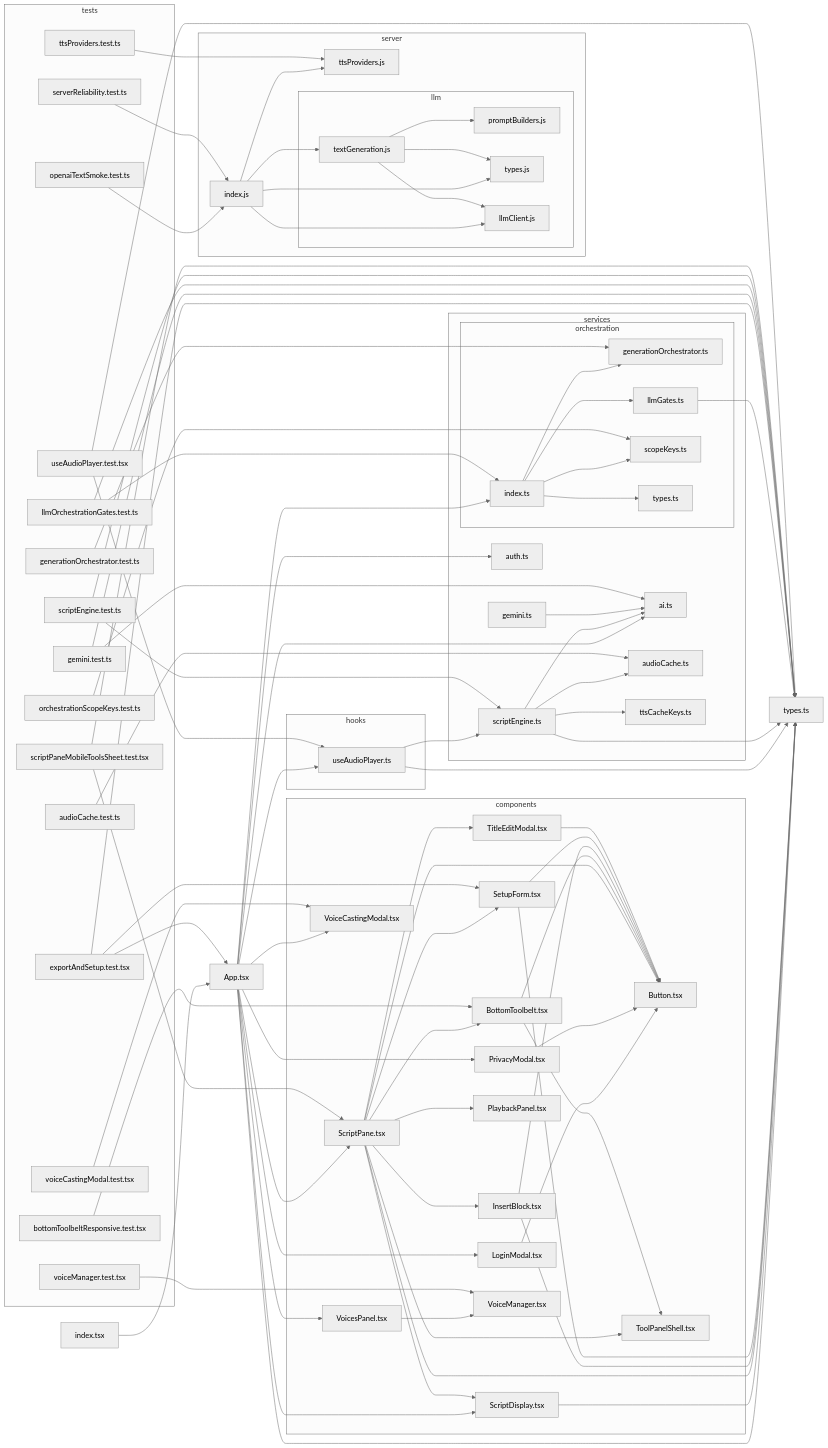
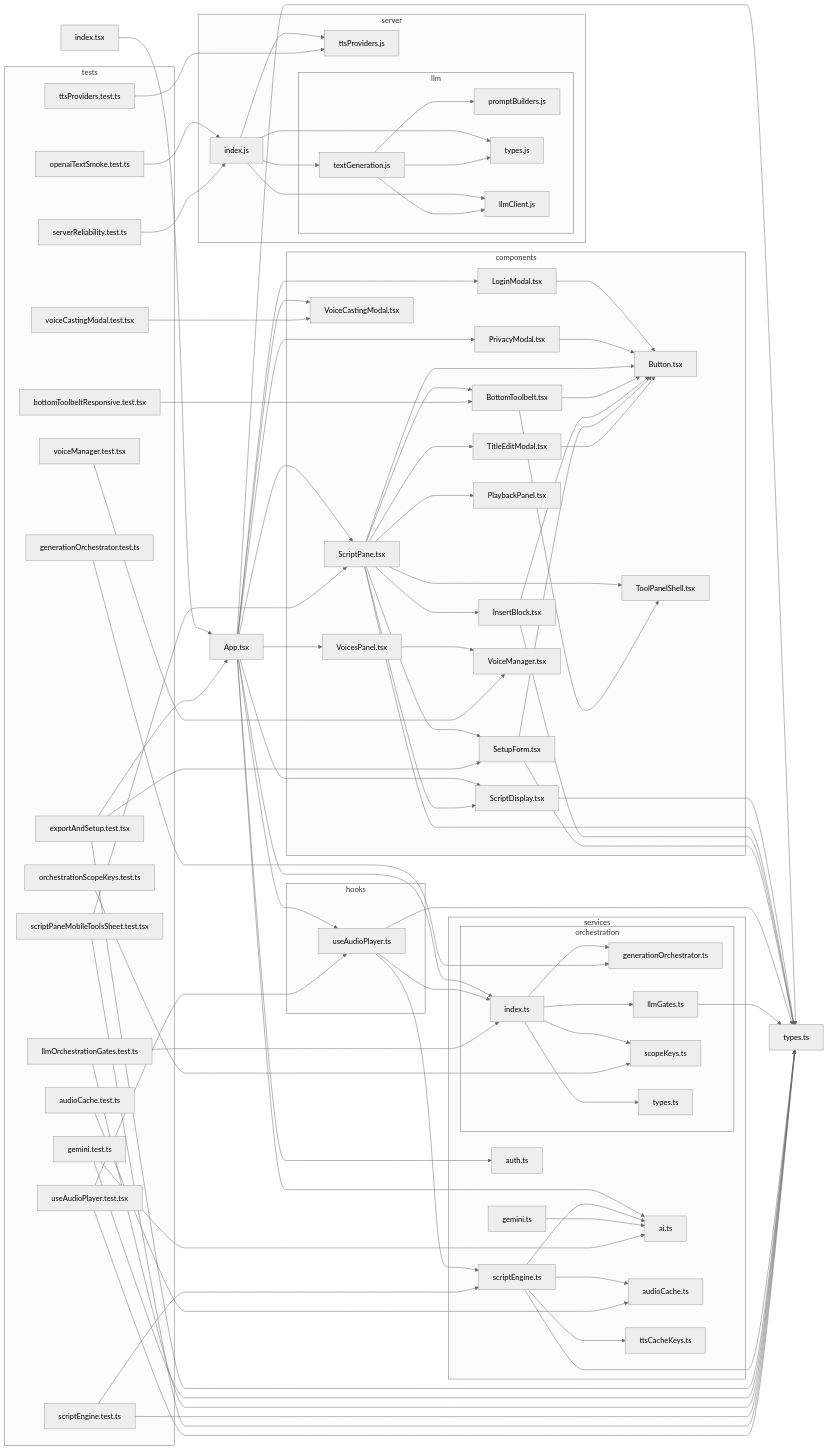
Before and after one commit to seanzmc/Script-Seance: the diagram in docs/dependency-graph.mmd, drawn with Mermaid (neutral theme).

Commit message:
Updates dependency graph documentation
Reflects recent structural and module dependency shifts within the services layer. Updating the Mermaid diagram ensures that the documented visual architecture remains accurate and aligns with the current codebase state.

```diff
--- a/docs/dependency-graph.mmd
+++ b/docs/dependency-graph.mmd
@@ -1,139 +1,140 @@
 flowchart LR
 
 0["App.tsx"]
 subgraph 1["components"]
 2["LoginModal.tsx"]
 3["Button.tsx"]
 4["PrivacyModal.tsx"]
 5["ScriptDisplay.tsx"]
 7["ScriptPane.tsx"]
 8["BottomToolbelt.tsx"]
 9["ToolPanelShell.tsx"]
 A["InsertBlock.tsx"]
 B["PlaybackPanel.tsx"]
 C["SetupForm.tsx"]
 D["TitleEditModal.tsx"]
 E["VoiceCastingModal.tsx"]
 F["VoicesPanel.tsx"]
 G["VoiceManager.tsx"]
 end
 6["types.ts"]
 subgraph H["hooks"]
 I["useAudioPlayer.ts"]
 end
 subgraph J["services"]
-K["scriptEngine.ts"]
-L["ai.ts"]
-M["audioCache.ts"]
-N["ttsCacheKeys.ts"]
-O["auth.ts"]
-subgraph P["orchestration"]
-Q["index.ts"]
-R["generationOrchestrator.ts"]
-S["llmGates.ts"]
-T["scopeKeys.ts"]
-U["types.ts"]
+subgraph K["orchestration"]
+L["index.ts"]
+M["generationOrchestrator.ts"]
+N["llmGates.ts"]
+O["scopeKeys.ts"]
+P["types.ts"]
 end
+Q["scriptEngine.ts"]
+R["ai.ts"]
+S["audioCache.ts"]
+T["ttsCacheKeys.ts"]
+U["auth.ts"]
 14["gemini.ts"]
 end
 V["index.tsx"]
 subgraph W["server"]
 X["index.js"]
 subgraph Y["llm"]
 Z["llmClient.js"]
 10["textGeneration.js"]
 11["promptBuilders.js"]
 12["types.js"]
 end
 13["ttsProviders.js"]
 end
 subgraph 15["tests"]
 16["audioCache.test.ts"]
 17["bottomToolbeltResponsive.test.tsx"]
 18["exportAndSetup.test.tsx"]
 19["gemini.test.ts"]
 1A["generationOrchestrator.test.ts"]
 1B["llmOrchestrationGates.test.ts"]
 1C["openaiTextSmoke.test.ts"]
 1D["orchestrationScopeKeys.test.ts"]
 1E["scriptEngine.test.ts"]
 1F["scriptPaneMobileToolsSheet.test.tsx"]
 1G["serverReliability.test.ts"]
 1H["ttsProviders.test.ts"]
 1I["useAudioPlayer.test.tsx"]
 1J["voiceCastingModal.test.tsx"]
 1K["voiceManager.test.tsx"]
 end
 0-->2
 0-->4
 0-->5
 0-->7
 0-->E
 0-->F
 0-->I
+0-->R
+0-->U
 0-->L
-0-->O
-0-->Q
 0-->6
 2-->3
 4-->3
 5-->6
 7-->6
 7-->8
 7-->3
 7-->A
 7-->B
 7-->5
 7-->C
 7-->D
 7-->9
 8-->3
 8-->9
 A-->6
 A-->3
 C-->6
 C-->3
 D-->3
 F-->G
-I-->K
+I-->L
+I-->Q
 I-->6
-K-->6
-K-->L
-K-->M
-K-->N
+L-->M
+L-->N
+L-->O
+L-->P
+N-->6
+Q-->6
 Q-->R
 Q-->S
 Q-->T
-Q-->U
-S-->6
 V-->0
 X-->Z
 X-->10
 X-->12
 X-->13
 10-->Z
 10-->11
 10-->12
-14-->L
-16-->M
+14-->R
+16-->S
 17-->8
 18-->0
 18-->C
 18-->6
-19-->L
+19-->R
 19-->6
-1A-->R
-1B-->Q
+1A-->M
+1B-->L
 1B-->6
 1C-->X
-1D-->T
-1E-->K
+1D-->O
+1E-->Q
 1E-->6
 1F-->7
 1F-->6
 1G-->X
 1H-->13
 1I-->I
 1I-->6
 1J-->E
 1K-->G
```
